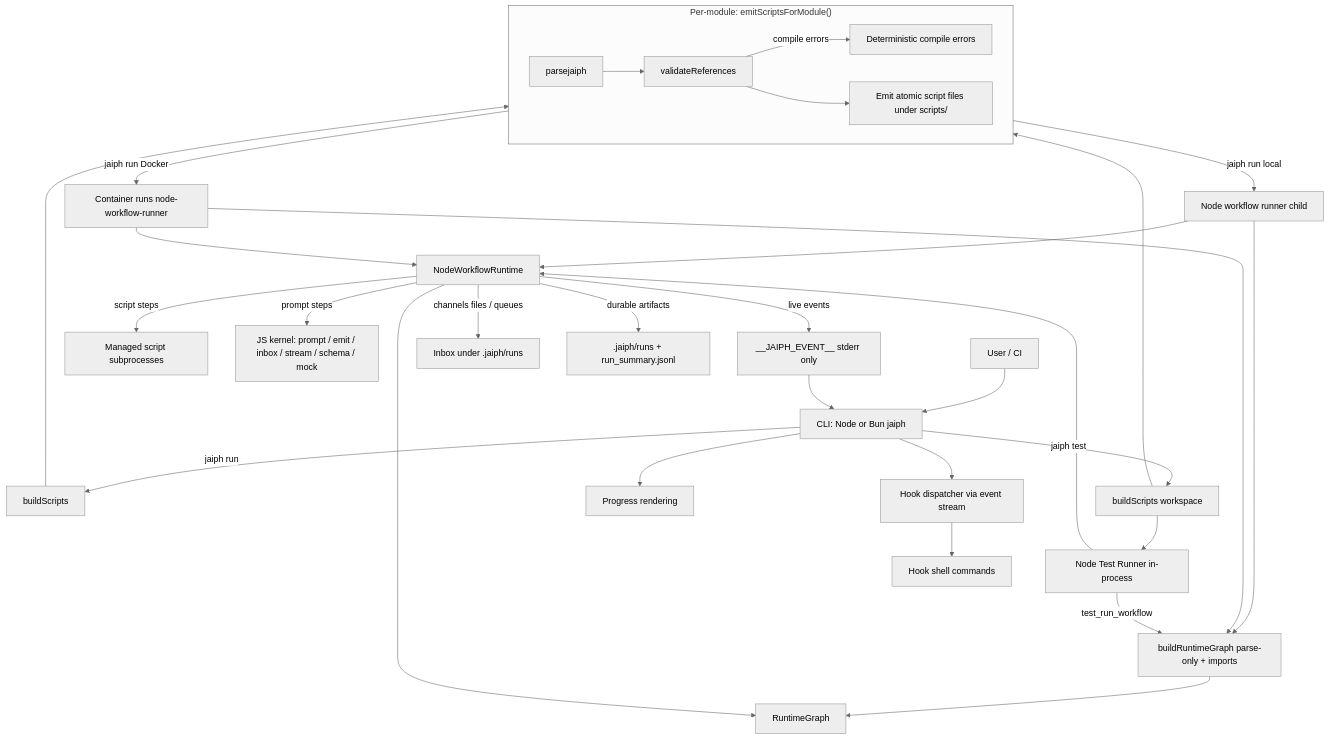
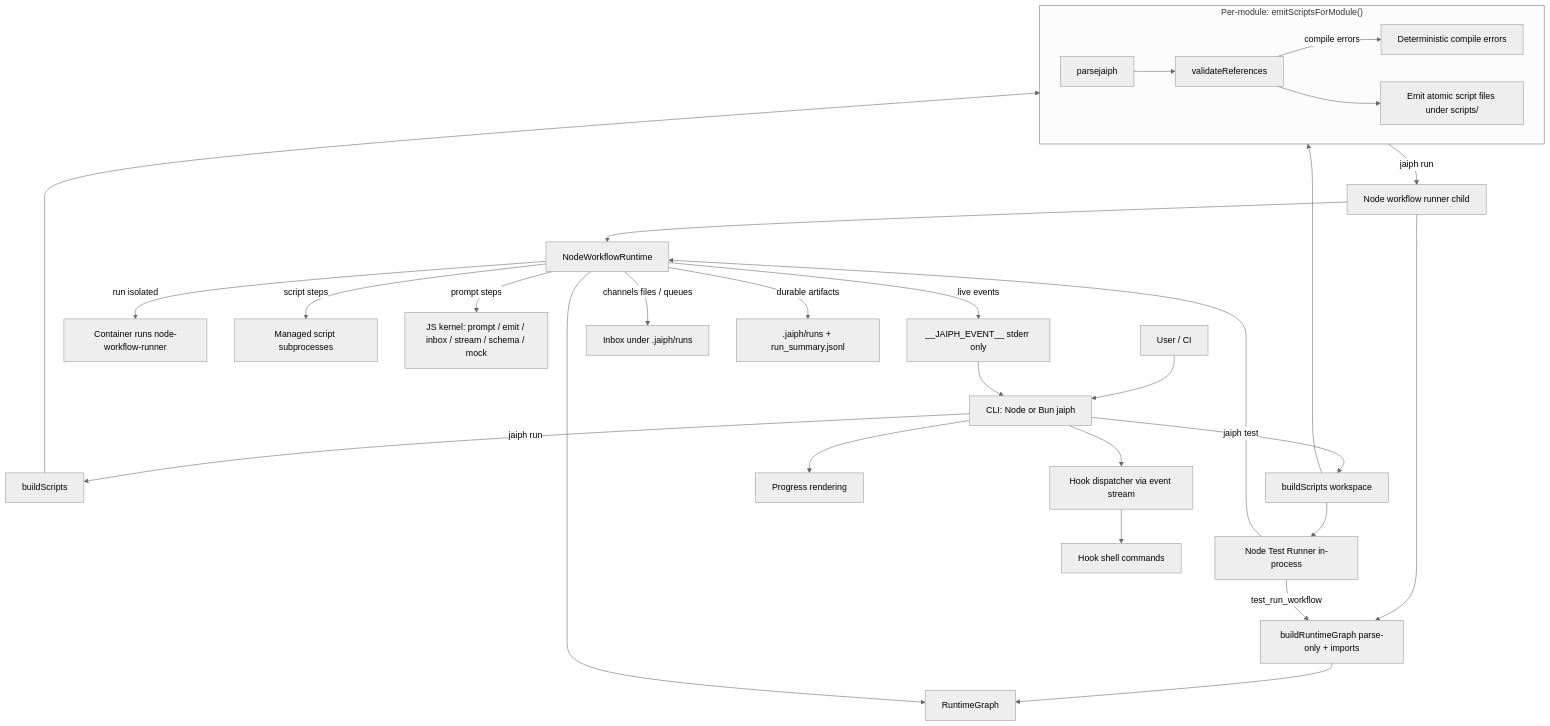
One commit to jaiphlang/jaiph changed the first of 3 diagrams in docs/architecture.md. Above: the diagram before and after it, drawn with Mermaid (neutral theme). The commit also changed other lines of this file and 28 other files, not shown here.

````diff
--- a/docs/architecture.md
+++ b/docs/architecture.md
@@ -126,46 +126,44 @@
 ```mermaid
 flowchart TD
     U[User / CI] --> CLI[CLI: Node or Bun jaiph]
 
     subgraph Transpile["Per-module: emitScriptsForModule()"]
         PARSE[parsejaiph]
         VAL[validateReferences]
         EMIT[Emit atomic script files under scripts/]
         PARSE --> VAL
         VAL -->|compile errors| ERR[Deterministic compile errors]
         VAL --> EMIT
     end
 
     CLI -->|jaiph run| BS1[buildScripts]
     BS1 --> Transpile
 
     CLI -->|jaiph test| BS2[buildScripts workspace]
     BS2 --> Transpile
     BS2 --> TR[Node Test Runner in-process]
 
-    Transpile -->|jaiph run local| RW[Node workflow runner child]
-    Transpile -->|jaiph run Docker| DC[Container runs node-workflow-runner]
+    Transpile -->|jaiph run| RW[Node workflow runner child]
 
     RW --> G[buildRuntimeGraph parse-only + imports]
     G --> GRAPH[RuntimeGraph]
     RW --> RT[NodeWorkflowRuntime]
     RT --> GRAPH
 
-    DC --> G
-    DC --> RT
+    RT -->|run isolated| DC[Container runs node-workflow-runner]
 
     TR -->|test_run_workflow| G
     TR --> RT
 
     RT -->|script steps| SCRIPT[Managed script subprocesses]
     RT -->|prompt steps| KERNEL[JS kernel: prompt / emit / inbox / stream / schema / mock]
 
     RT -->|live events| EV["__JAIPH_EVENT__ stderr only"]
     EV --> CLI
     CLI --> PR[Progress rendering]
 
     RT -->|channels files / queues| INBOX[Inbox under .jaiph/runs]
     RT -->|durable artifacts| SUM[.jaiph/runs + run_summary.jsonl]
     CLI --> HK[Hook dispatcher via event stream]
     HK --> HPROC[Hook shell commands]
 ```
````
